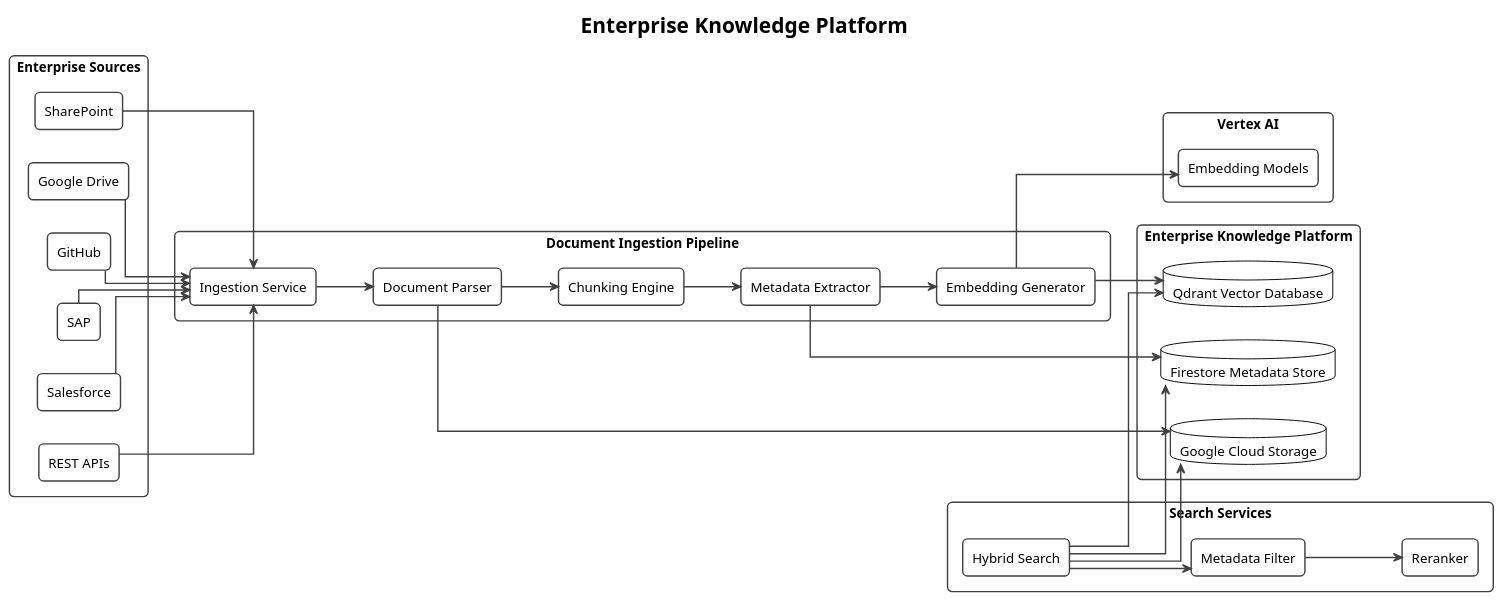
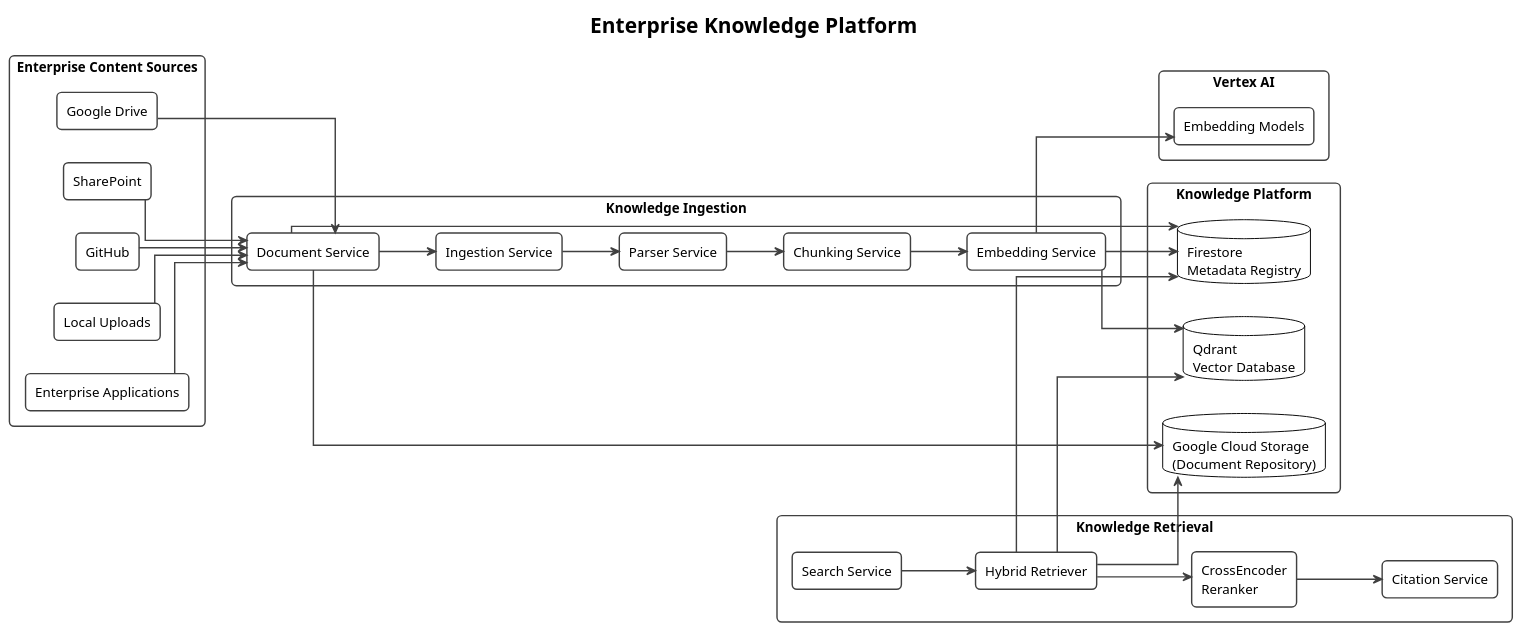
One commit to pjagdaley/enterprise-ai-orchestration-platform changed the diagram in docs/diagrams/c4/04-enterprise-knowledge-platform.puml. Above: the diagram before and after it, drawn with PlantUML. The commit also changed 209 other files, not shown here.

Commit message:
Version-1 Architecture

```diff
--- a/docs/diagrams/c4/04-enterprise-knowledge-platform.puml
+++ b/docs/diagrams/c4/04-enterprise-knowledge-platform.puml
@@ -1,149 +1,157 @@
 @startuml
+
+'==============================================================================
+' Enterprise AI Orchestration Platform
+' Enterprise Knowledge Platform
+'==============================================================================
 
 !theme plain
 
 title Enterprise AI Orchestration Platform
 title Enterprise Knowledge Platform
 
 left to right direction
 
 skinparam backgroundColor white
 skinparam shadowing false
 skinparam linetype ortho
 skinparam packageStyle rectangle
 
 skinparam defaultFontName Segoe UI
 skinparam defaultFontSize 14
 
 skinparam RectangleBorderColor #404040
 skinparam RectangleBorderThickness 1.5
 skinparam RectangleRoundCorner 10
+
 skinparam PackageBorderColor #404040
 skinparam PackageBorderThickness 2
 
 skinparam ArrowThickness 1.5
 skinparam ArrowColor #404040
 
-'=========================================================
-' Enterprise Sources
-'=========================================================
+'==============================================================================
+' ENTERPRISE CONTENT SOURCES
+'==============================================================================
 
-package "Enterprise Sources" {
+package "Enterprise Content Sources" {
+
+rectangle "Google Drive" as Drive
 
 rectangle "SharePoint" as SharePoint
 
-rectangle "Google Drive" as GoogleDrive
-
 rectangle "GitHub" as GitHub
 
-rectangle "SAP" as SAP
+rectangle "Local Uploads" as Uploads
 
-rectangle "Salesforce" as Salesforce
-
-rectangle "REST APIs" as RestAPI
+rectangle "Enterprise Applications" as Enterprise
 
 }
 
-'=========================================================
-' Ingestion Pipeline
-'=========================================================
+'==============================================================================
+' INGESTION SERVICES
+'==============================================================================
 
-package "Document Ingestion Pipeline" {
+package "Knowledge Ingestion" {
+
+rectangle "Document Service" as Document
 
 rectangle "Ingestion Service" as Ingestion
 
-rectangle "Document Parser" as Parser
+rectangle "Parser Service" as Parser
 
-rectangle "Chunking Engine" as Chunker
+rectangle "Chunking Service" as Chunker
 
-rectangle "Metadata Extractor" as Metadata
-
-rectangle "Embedding Generator" as Embedder
+rectangle "Embedding Service" as Embedding
 
 }
 
-'=========================================================
-' Vertex AI
-'=========================================================
+'==============================================================================
+' VERTEX AI
+'==============================================================================
 
 package "Vertex AI" {
 
-rectangle "Embedding Models" as Embeddings
+rectangle "Embedding Models" as Models
 
 }
 
-'=========================================================
-' Knowledge Platform
-'=========================================================
+'==============================================================================
+' KNOWLEDGE PLATFORM
+'==============================================================================
 
-package "Enterprise Knowledge Platform" {
+package "Knowledge Platform" {
 
-database "Google Cloud Storage" as GCS
+database "Google Cloud Storage\n(Document Repository)" as GCS
 
-database "Qdrant Vector Database" as Qdrant
+database "Firestore\nMetadata Registry" as Firestore
 
-database "Firestore Metadata Store" as Firestore
+database "Qdrant\nVector Database" as Qdrant
 
 }
 
-'=========================================================
-' Search Services
-'=========================================================
+'==============================================================================
+' QUERY SERVICES
+'==============================================================================
 
-package "Search Services" {
+package "Knowledge Retrieval" {
 
-rectangle "Hybrid Search" as HybridSearch
+rectangle "Search Service" as Search
 
-rectangle "Metadata Filter" as MetadataFilter
+rectangle "Hybrid Retriever" as Hybrid
 
-rectangle "Reranker" as Reranker
+rectangle "CrossEncoder\nReranker" as Reranker
+
+rectangle "Citation Service" as Citation
 
 }
 
-'=========================================================
-' Ingestion Flow
-'=========================================================
+'==============================================================================
+' INGESTION FLOW
+'==============================================================================
 
-SharePoint --> Ingestion
+Drive --> Document
 
-GoogleDrive --> Ingestion
+SharePoint --> Document
 
-GitHub --> Ingestion
+GitHub --> Document
 
-SAP --> Ingestion
+Uploads --> Document
 
-Salesforce --> Ingestion
+Enterprise --> Document
 
-RestAPI --> Ingestion
+Document --> GCS
+
+Document --> Firestore
+
+Document --> Ingestion
 
 Ingestion --> Parser
 
 Parser --> Chunker
 
-Chunker --> Metadata
+Chunker --> Embedding
 
-Metadata --> Embedder
+Embedding --> Models
 
-Embedder --> Embeddings
+Embedding --> Qdrant
 
-Embedder --> Qdrant
+Embedding --> Firestore
 
-Metadata --> Firestore
+'==============================================================================
+' QUERY FLOW
+'==============================================================================
 
-Parser --> GCS
+Search --> Hybrid
 
-'=========================================================
-' Query Flow
-'=========================================================
+Hybrid --> Qdrant
 
-HybridSearch --> Qdrant
+Hybrid --> Firestore
 
-HybridSearch --> Firestore
+Hybrid --> GCS
 
-HybridSearch --> GCS
+Hybrid --> Reranker
 
-HybridSearch --> MetadataFilter
-
-MetadataFilter --> Reranker
+Reranker --> Citation
 
 @enduml
```
